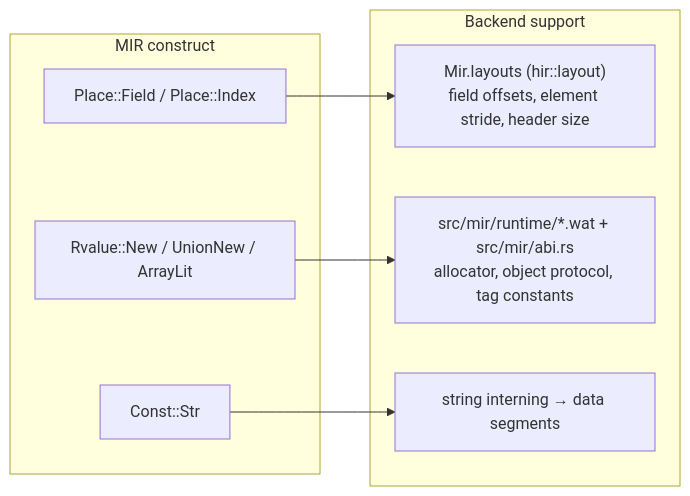
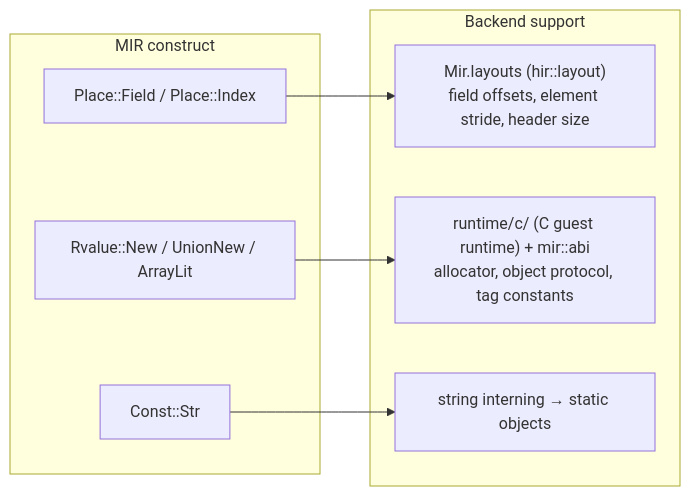
Before and after one commit to sps014/dream: the fourth of 4 diagrams in docs/internals/06-relooper-and-backend.md, drawn with Mermaid. The commit also changed other lines of this file and 105 other files, not shown here.

````diff
--- a/docs/internals/06-relooper-and-backend.md
+++ b/docs/internals/06-relooper-and-backend.md
@@ -99,16 +95,16 @@
 ```mermaid
 flowchart LR
     subgraph "MIR construct"
       f["Place::Field / Place::Index"]
       n["Rvalue::New / UnionNew / ArrayLit"]
       s["Const::Str"]
     end
     subgraph "Backend support"
       lay["Mir.layouts (hir::layout)\nfield offsets, element stride, header size"]
-      rt["src/mir/runtime/*.wat + src/mir/abi.rs\nallocator, object protocol, tag constants"]
-      str["string interning → data segments"]
+      rt["runtime/c/ (C guest runtime) + mir::abi\nallocator, object protocol, tag constants"]
+      str["string interning → static objects"]
     end
     f --> lay
     n --> rt
     s --> str
 ```
````
